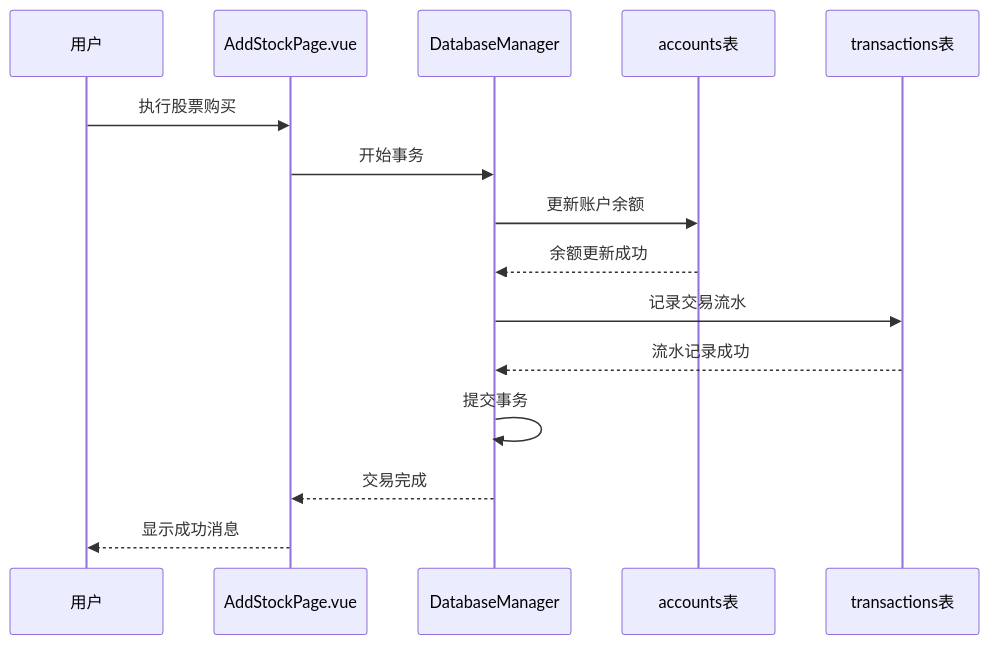
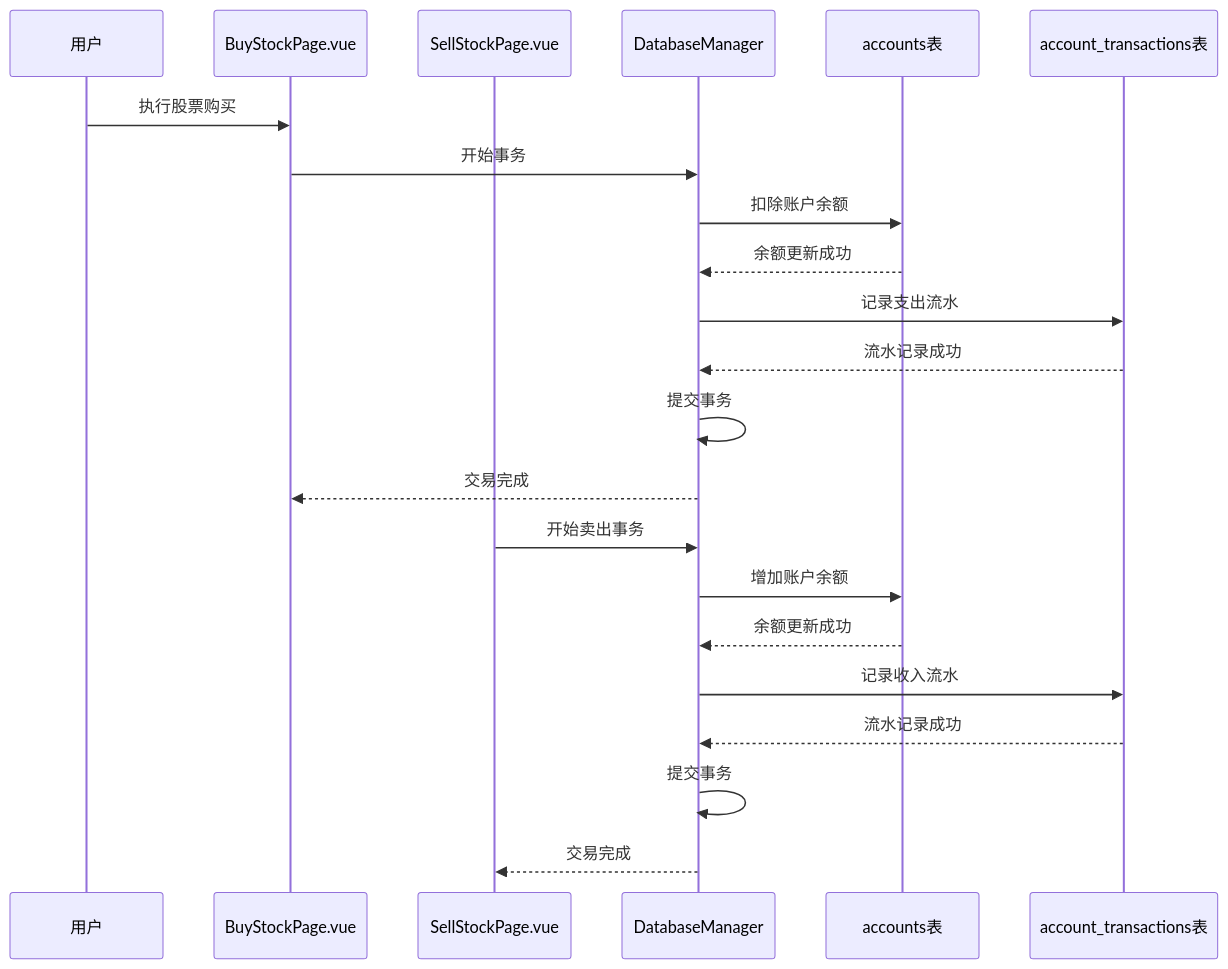
Before and after one commit to xiao-lin-unit/yuan: the ninth of 11 diagrams in .qoder/repowiki/zh/content/资产管理/股票管理.md, drawn with Mermaid. The commit also changed other lines of this file and 37 other files, not shown here.

````diff
--- a/.qoder/repowiki/zh/content/资产管理/股票管理.md
+++ b/.qoder/repowiki/zh/content/资产管理/股票管理.md
@@ -345,17 +467,24 @@
 ```mermaid
 sequenceDiagram
 participant U as 用户
-participant ASP2 as AddStockPage.vue
+participant BSP as BuyStockPage.vue
+participant SSP as SellStockPage.vue
 participant DBM as DatabaseManager
 participant ACC as accounts表
-participant TR as transactions表
-U->>ASP2 : 执行股票购买
-ASP2->>DBM : 开始事务
-DBM->>ACC : 更新账户余额
+participant ATX as account_transactions表
+U->>BSP : 执行股票购买
+BSP->>DBM : 开始事务
+DBM->>ACC : 扣除账户余额
 ACC-->>DBM : 余额更新成功
-DBM->>TR : 记录交易流水
-TR-->>DBM : 流水记录成功
+DBM->>ATX : 记录支出流水
+ATX-->>DBM : 流水记录成功
 DBM->>DBM : 提交事务
-DBM-->>ASP2 : 交易完成
-ASP2-->>U : 显示成功消息
+DBM-->>BSP : 交易完成
+SSP->>DBM : 开始卖出事务
+DBM->>ACC : 增加账户余额
+ACC-->>DBM : 余额更新成功
+DBM->>ATX : 记录收入流水
+ATX-->>DBM : 流水记录成功
+DBM->>DBM : 提交事务
+DBM-->>SSP : 交易完成
 ```
````
